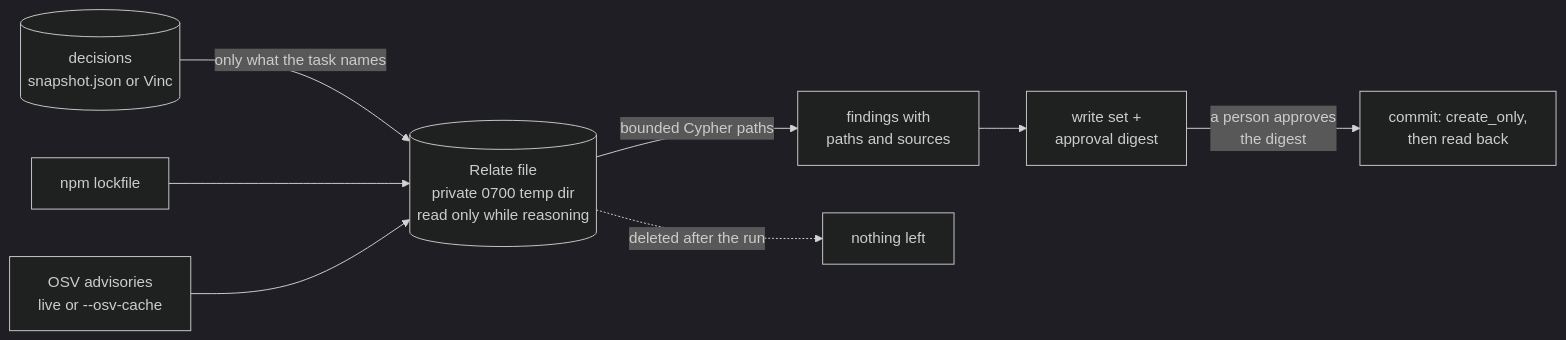
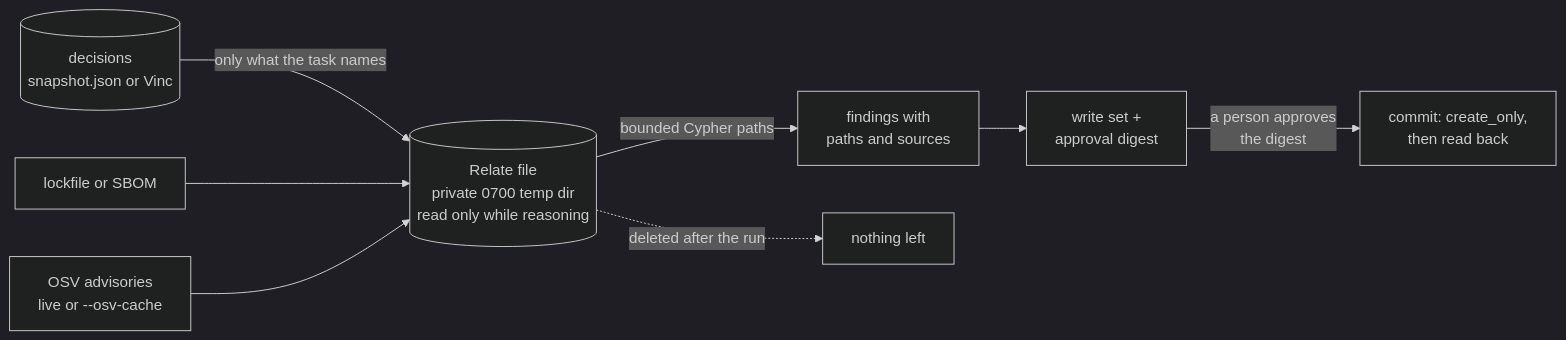
Before and after one commit to Vinculums/decisis: the diagram in README.md, drawn with Mermaid (dark theme). The commit also changed other lines of this file and 28 other files, not shown here.

````diff
--- a/README.md
+++ b/README.md
@@ -125,10 +146,10 @@
 ```mermaid
 flowchart LR
     V[("decisions<br/>snapshot.json or Vinc")] -- "only what the task names" --> R
-    L["npm lockfile"] --> R
+    L["lockfile or SBOM"] --> R
     O["OSV advisories<br/>live or --osv-cache"] --> R
     R[("Relate file<br/>private 0700 temp dir<br/>read only while reasoning")] -- "bounded Cypher paths" --> F["findings with<br/>paths and sources"]
     F --> P["write set +<br/>approval digest"]
     P -- "a person approves<br/>the digest" --> W["commit: create_only,<br/>then read back"]
     R -. "deleted after the run" .-> D["nothing left"]
 ```
````
